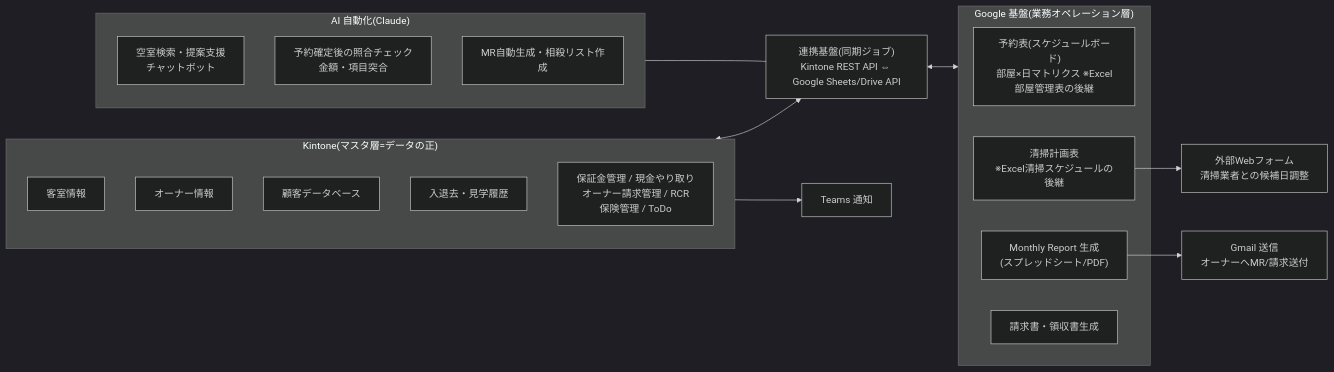
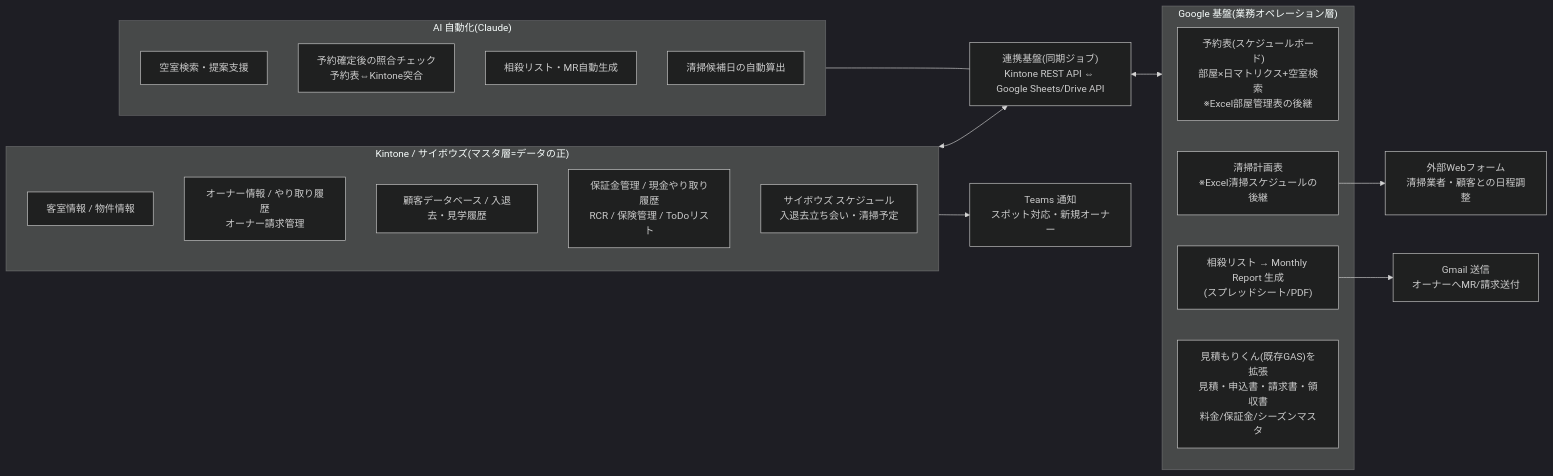
One commit to thiramatsu-dw/okinawa-longstay changed the first of 3 diagrams in docs/design/01_システム概要設計.md. Above: the diagram before and after it, drawn with Mermaid (dark theme). The commit also changed other lines of this file and 1 other file, not shown here.

````diff
--- a/docs/design/01_システム概要設計.md
+++ b/docs/design/01_システム概要設計.md
@@ -13,31 +13,32 @@
 ```mermaid
 flowchart LR
-    subgraph Kintone["Kintone(マスタ層=データの正)"]
-        K1[客室情報]
-        K2[オーナー情報]
-        K3[顧客データベース]
-        K4[入退去・見学履歴]
-        K5[保証金管理 / 現金やり取り<br/>オーナー請求管理 / RCR<br/>保険管理 / ToDo]
+    subgraph KT["Kintone / サイボウズ(マスタ層=データの正)"]
+        K1[客室情報 / 物件情報]
+        K2[オーナー情報 / やり取り履歴<br/>オーナー請求管理]
+        K3[顧客データベース / 入退去・見学履歴]
+        K4[保証金管理 / 現金やり取り履歴<br/>RCR / 保険管理 / ToDoリスト]
+        K5[サイボウズ スケジュール<br/>入退去立ち会い・清掃予定]
     end
 
-    subgraph Google["Google 基盤(業務オペレーション層)"]
-        G1["予約表(スケジュールボード)<br/>部屋×日マトリクス ※Excel部屋管理表の後継"]
+    subgraph GG["Google 基盤(業務オペレーション層)"]
+        G1["予約表(スケジュールボード)<br/>部屋×日マトリクス+空室検索<br/>※Excel部屋管理表の後継"]
         G2["清掃計画表<br/>※Excel清掃スケジュールの後継"]
-        G3["Monthly Report 生成<br/>(スプレッドシート/PDF)"]
-        G4[請求書・領収書生成]
+        G3["相殺リスト → Monthly Report 生成<br/>(スプレッドシート/PDF)"]
+        G4["見積もりくん(既存GAS)を拡張<br/>見積・申込書・請求書・領収書<br/>料金/保証金/シーズンマスタ"]
     end
 
     subgraph AI["AI 自動化(Claude)"]
-        A1[空室検索・提案支援<br/>チャットボット]
-        A2[予約確定後の照合チェック<br/>金額・項目突合]
-        A3[MR自動生成・相殺リスト作成]
+        A1[空室検索・提案支援]
+        A2[予約確定後の照合チェック<br/>予約表⇔Kintone突合]
+        A3[相殺リスト・MR自動生成]
+        A4[清掃候補日の自動算出]
     end
 
     SYNC["連携基盤(同期ジョブ)<br/>Kintone REST API ⇔ Google Sheets/Drive API"]
 
-    Kintone <--> SYNC <--> Google
+    KT <--> SYNC <--> GG
     AI --- SYNC
     G3 --> MAIL[Gmail 送信<br/>オーナーへMR/請求送付]
-    G2 --> FORM[外部Webフォーム<br/>清掃業者との候補日調整]
-    Kintone --> TEAMS[Teams 通知]
+    G2 --> FORM[外部Webフォーム<br/>清掃業者・顧客との日程調整]
+    KT --> TEAMS[Teams 通知<br/>スポット対応・新規オーナー]
 ```
````
